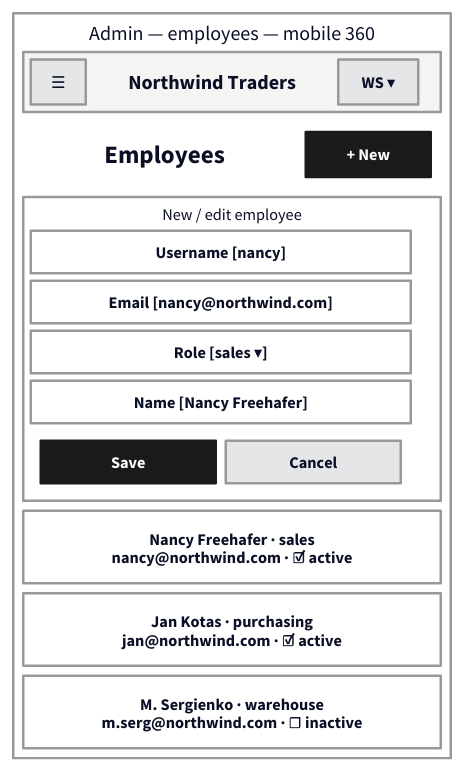
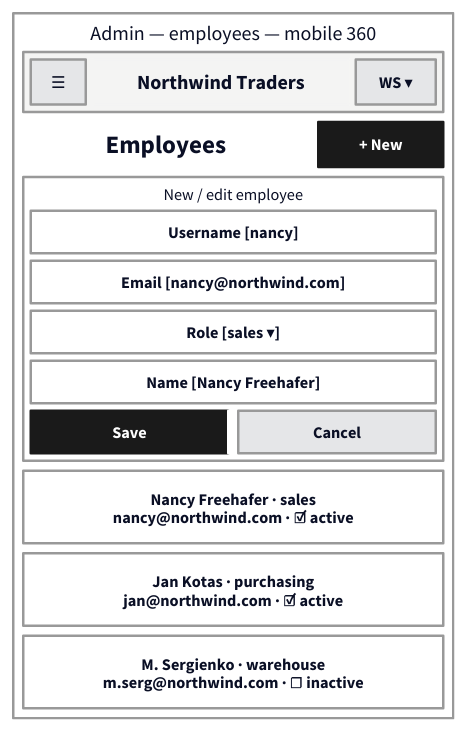
The diagram in docs/07-wireframes/19-admin-employees.mobile.d2 (jedt3d/northwind-design), drawn with D2 before and after one commit. The commit also changed 99 other files, not shown here.

Commit message:
feat: dashboard analytics (7 chart panels), companies lifetime totals, table header alignment fix; docs+wireframes updated; 86 tests green

```diff
--- a/docs/07-wireframes/19-admin-employees.mobile.d2
+++ b/docs/07-wireframes/19-admin-employees.mobile.d2
@@ -1,67 +1,69 @@
 # PRD: F9 Admin — employees & roles (mobile 360)
 # GUI wireframe: one narrow page frame, topbar with hamburger, zones stacked vertically.
 direction: down
 
 classes: {
   frame: {style: {fill: "#ffffff"; stroke: "#999999"; stroke-width: 2; font-size: 16}}
   plain: {style: {fill: "#ffffff"; stroke: "#ffffff"}}
   bar: {style: {fill: "#f4f4f3"; stroke: "#999999"}}
   barlbl: {style: {fill: "#f4f4f3"; stroke: "#f4f4f3"}}
   slogo: {style: {fill: "#f4f4f3"; stroke: "#f4f4f3"; bold: true; font-size: 16}}
   nav: {style: {fill: "#f4f4f3"; stroke: "#f4f4f3"; font-size: 14}}
   navon: {style: {fill: "#1a1a1a"; stroke: "#1a1a1a"; font-color: "#ffffff"; font-size: 14}}
   h1: {style: {fill: "#ffffff"; stroke: "#ffffff"; bold: true; font-size: 20}}
   txt: {style: {fill: "#ffffff"; stroke: "#ffffff"; font-size: 13}}
   muted: {style: {fill: "#ffffff"; stroke: "#ffffff"; font-color: "#8a8a88"; font-size: 13}}
   zone: {style: {fill: "#ffffff"; stroke: "#999999"; font-size: 13}}
   field: {style: {fill: "#ffffff"; stroke: "#999999"; font-size: 13}}
   btn: {style: {fill: "#e5e6e8"; stroke: "#999999"; font-size: 13}}
   primary: {style: {fill: "#1a1a1a"; stroke: "#1a1a1a"; font-color: "#ffffff"; font-size: 13}}
   head: {style: {fill: "#e5e6e8"; stroke: "#999999"; bold: true; font-size: 13}}
   cell: {style: {fill: "#ffffff"; stroke: "#999999"; font-size: 13}}
 }
 
 page: {
   label: "Admin — employees — mobile 360"
   class: frame
   grid-columns: 1
   grid-gap: 8
   topbar: {
     label: ""
     class: bar
     grid-columns: 3
     grid-gap: 6
     menu: {label: "☰"; class: btn; width: 44; height: 36}
-    apptitle: {label: "Northwind Traders"; class: barlbl; width: 190; height: 36}
+    apptitle: {label: "Northwind Traders"; class: barlbl; width: 204; height: 36}
     user: {label: "WS ▾"; class: btn; width: 64; height: 36}
   }
   hdr: {
     label: ""
     class: plain
-    grid-columns: 2
-    grid-gap: 8
-    h1: {label: "Employees"; class: h1; width: 210; height: 36}
+    grid-columns: 3
+    grid-gap: 0
+    h1: {label: "Employees"; class: h1; width: 228; height: 36}
+    gsp1: {label: ""; class: plain; width: 8; height: 36}
     new: {label: "+ New"; class: primary; width: 100; height: 36}
   }
   edit: {
     label: "New / edit employee"
     class: zone
     grid-columns: 1
     grid-gap: 6
-    f1: {label: "Username  [nancy]"; class: field; width: 290; height: 34}
-    f2: {label: "Email  [nancy@northwind.com]"; class: field; width: 290; height: 34}
-    f3: {label: "Role  [sales ▾]"; class: field; width: 290; height: 34}
-    f4: {label: "Name  [Nancy Freehafer]"; class: field; width: 290; height: 34}
+    f1: {label: "Username  [nancy]"; class: field; width: 324; height: 34}
+    f2: {label: "Email  [nancy@northwind.com]"; class: field; width: 324; height: 34}
+    f3: {label: "Role  [sales ▾]"; class: field; width: 324; height: 34}
+    f4: {label: "Name  [Nancy Freehafer]"; class: field; width: 324; height: 34}
     act: {
       label: ""
       class: plain
-      grid-columns: 2
-      grid-gap: 8
-      s: {label: "Save"; class: primary; width: 140; height: 34}
-      c: {label: "Cancel"; class: btn; width: 140; height: 34}
+      grid-columns: 3
+      grid-gap: 0
+      s: {label: "Save"; class: primary; width: 158; height: 34}
+      gsp1: {label: ""; class: plain; width: 8; height: 34}
+      c: {label: "Cancel"; class: btn; width: 158; height: 34}
     }
   }
-  c1: {label: "Nancy Freehafer · sales\nnancy@northwind.com · ☑ active"; class: zone; width: 320; height: 58}
-  c2: {label: "Jan Kotas · purchasing\njan@northwind.com · ☑ active"; class: zone; width: 320; height: 58}
-  c3: {label: "M. Sergienko · warehouse\nm.serg@northwind.com · ☐ inactive"; class: zone; width: 320; height: 58}
+  c1: {label: "Nancy Freehafer · sales\nnancy@northwind.com · ☑ active"; class: zone; width: 336; height: 58}
+  c2: {label: "Jan Kotas · purchasing\njan@northwind.com · ☑ active"; class: zone; width: 336; height: 58}
+  c3: {label: "M. Sergienko · warehouse\nm.serg@northwind.com · ☐ inactive"; class: zone; width: 336; height: 58}
 }
```
